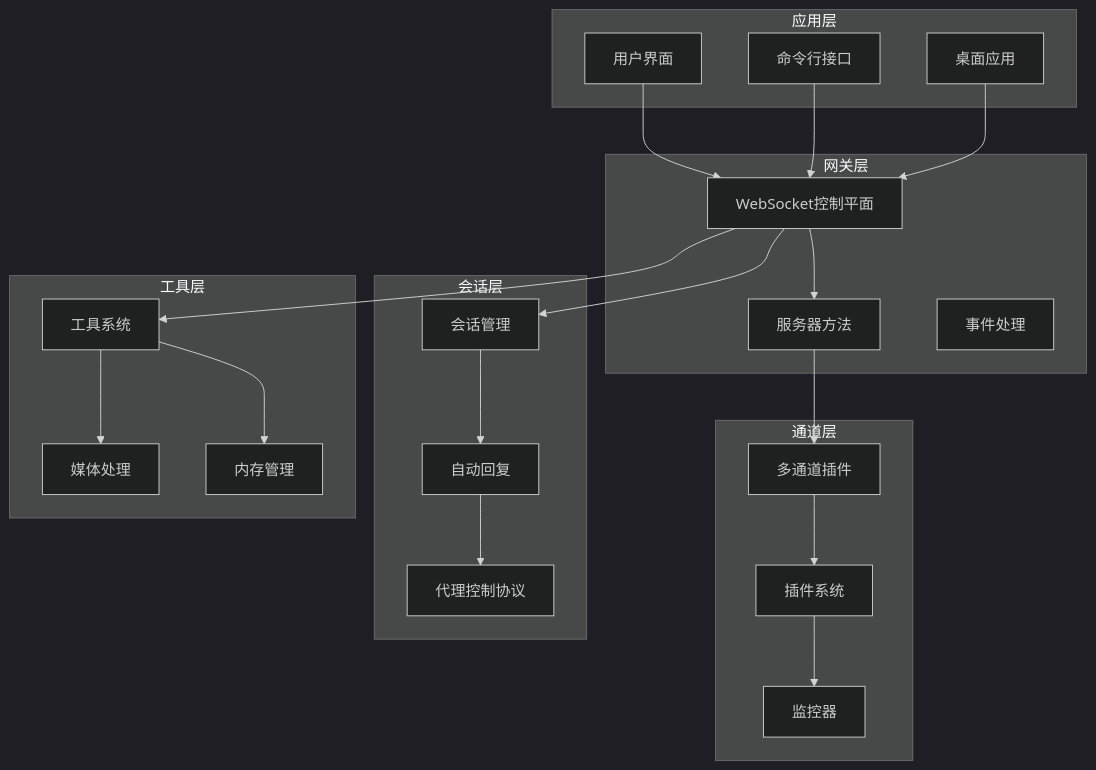
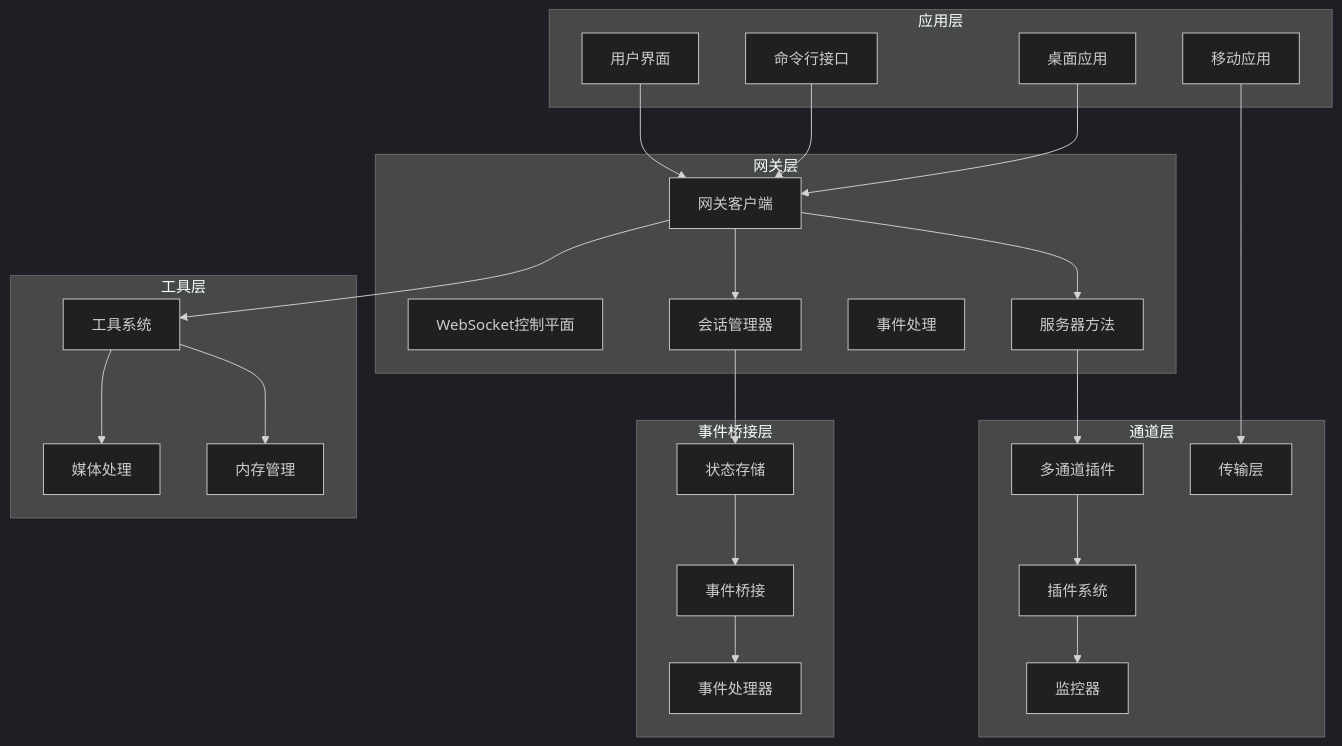
One commit to verse-ai-org/openclaw changed the first of 16 diagrams in .qoder/repowiki/zh/content/Chat Module Deep Dive.md. Above: the diagram before and after it, drawn with Mermaid (dark theme). The commit also changed other lines of this file and 20 other files, not shown here.

````diff
--- a/.qoder/repowiki/zh/content/Chat Module Deep Dive.md
+++ b/.qoder/repowiki/zh/content/Chat Module Deep Dive.md
@@ -45,41 +61,47 @@
 ```mermaid
 graph TB
 subgraph "应用层"
 UI[用户界面]
 CLI[命令行接口]
 Electron[桌面应用]
+Mobile[移动应用]
 end
 subgraph "网关层"
 Gateway[WebSocket控制平面]
 Server[服务器方法]
 Events[事件处理]
+GatewayClient[网关客户端]
+SessionManager[会话管理器]
 end
 subgraph "通道层"
 Channels[多通道插件]
 Plugins[插件系统]
 Monitors[监控器]
+Transport[传输层]
 end
-subgraph "会话层"
-Sessions[会话管理]
-AutoReply[自动回复]
-ACP[代理控制协议]
+subgraph "事件桥接层"
+EventBridge[事件桥接]
+Store[状态存储]
+Handlers[事件处理器]
 end
 subgraph "工具层"
 Tools[工具系统]
 Media[媒体处理]
 Memory[内存管理]
 end
-UI --> Gateway
-CLI --> Gateway
-Electron --> Gateway
-Gateway --> Server
+UI --> GatewayClient
+CLI --> GatewayClient
+Electron --> GatewayClient
+Mobile --> Transport
+GatewayClient --> Server
 Server --> Channels
 Channels --> Plugins
 Plugins --> Monitors
-Gateway --> Sessions
-Sessions --> AutoReply
-AutoReply --> ACP
-Gateway --> Tools
+GatewayClient --> SessionManager
+SessionManager --> Store
+Store --> EventBridge
+EventBridge --> Handlers
+GatewayClient --> Tools
 Tools --> Media
 Tools --> Memory
 ```
````
